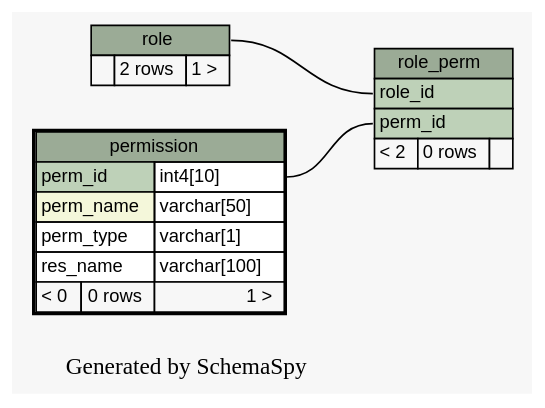
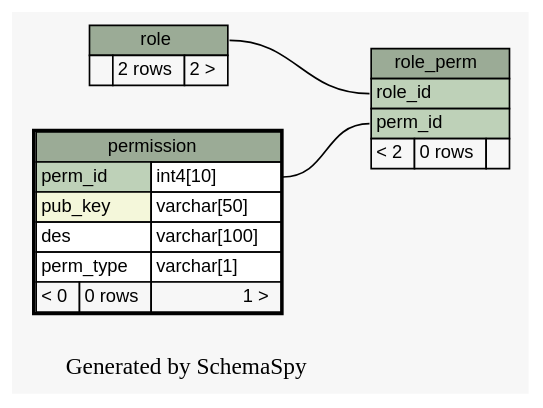
The diagram in docs/database/schemaspy/graphs/permission.2degrees.dot (engineerscraft/salesforce), drawn with Graphviz before and after one commit. The commit also changed 206 other files, not shown here.

```diff
--- a/docs/database/schemaspy/graphs/permission.2degrees.dot
+++ b/docs/database/schemaspy/graphs/permission.2degrees.dot
@@ -1,52 +1,52 @@
 // dot 2.38.0 on Windows 7 6.1
 digraph "twoDegreesRelationshipsGraph" {
   graph [
     rankdir="RL"
     bgcolor="#f7f7f7"
     label="\nGenerated by SchemaSpy"
     labeljust="l"
   ];
   node [
     fontname="Helvetica"
     fontsize="11"
     shape="plaintext"
   ];
   edge [
     arrowsize="0.8"
   ];
   "role_perm":"perm_id":w -> "permission":"perm_id.type":e [arrowtail=crowtee arrowhead=none];
   "role_perm":"role_id":w -> "role":"role.heading":e [arrowtail=crowtee arrowhead=none];
   "permission" [
     label=<
     <TABLE BORDER="2" CELLBORDER="1" CELLSPACING="0" BGCOLOR="#ffffff">
       <TR><TD PORT="permission.heading" COLSPAN="3" BGCOLOR="#9bab96" ALIGN="CENTER">permission</TD></TR>
       <TR><TD PORT="perm_id" COLSPAN="2" BGCOLOR="#bed1b8" ALIGN="LEFT">perm_id</TD><TD PORT="perm_id.type" ALIGN="LEFT">int4[10]</TD></TR>
-      <TR><TD PORT="perm_name" COLSPAN="2" BGCOLOR="#f4f7da" ALIGN="LEFT">perm_name</TD><TD PORT="perm_name.type" ALIGN="LEFT">varchar[50]</TD></TR>
+      <TR><TD PORT="pub_key" COLSPAN="2" BGCOLOR="#f4f7da" ALIGN="LEFT">pub_key</TD><TD PORT="pub_key.type" ALIGN="LEFT">varchar[50]</TD></TR>
+      <TR><TD PORT="des" COLSPAN="2" ALIGN="LEFT">des</TD><TD PORT="des.type" ALIGN="LEFT">varchar[100]</TD></TR>
       <TR><TD PORT="perm_type" COLSPAN="2" ALIGN="LEFT">perm_type</TD><TD PORT="perm_type.type" ALIGN="LEFT">varchar[1]</TD></TR>
-      <TR><TD PORT="res_name" COLSPAN="2" ALIGN="LEFT">res_name</TD><TD PORT="res_name.type" ALIGN="LEFT">varchar[100]</TD></TR>
       <TR><TD ALIGN="LEFT" BGCOLOR="#f7f7f7">&lt; 0</TD><TD ALIGN="RIGHT" BGCOLOR="#f7f7f7">0 rows</TD><TD ALIGN="RIGHT" BGCOLOR="#f7f7f7">1 &gt;</TD></TR>
     </TABLE>>
     URL="permission.html#"
     tooltip="permission"
   ];
   "role" [
     label=<
     <TABLE BORDER="0" CELLBORDER="1" CELLSPACING="0" BGCOLOR="#ffffff">
       <TR><TD PORT="role.heading" COLSPAN="3" BGCOLOR="#9bab96" ALIGN="CENTER">role</TD></TR>
-      <TR><TD ALIGN="LEFT" BGCOLOR="#f7f7f7">  </TD><TD ALIGN="RIGHT" BGCOLOR="#f7f7f7">2 rows</TD><TD ALIGN="RIGHT" BGCOLOR="#f7f7f7">1 &gt;</TD></TR>
+      <TR><TD ALIGN="LEFT" BGCOLOR="#f7f7f7">  </TD><TD ALIGN="RIGHT" BGCOLOR="#f7f7f7">2 rows</TD><TD ALIGN="RIGHT" BGCOLOR="#f7f7f7">2 &gt;</TD></TR>
     </TABLE>>
     URL="role.html#graph"
     tooltip="role"
   ];
   "role_perm" [
     label=<
     <TABLE BORDER="0" CELLBORDER="1" CELLSPACING="0" BGCOLOR="#ffffff">
       <TR><TD PORT="role_perm.heading" COLSPAN="3" BGCOLOR="#9bab96" ALIGN="CENTER">role_perm</TD></TR>
       <TR><TD PORT="role_id" COLSPAN="3" BGCOLOR="#bed1b8" ALIGN="LEFT">role_id</TD></TR>
       <TR><TD PORT="perm_id" COLSPAN="3" BGCOLOR="#bed1b8" ALIGN="LEFT">perm_id</TD></TR>
       <TR><TD ALIGN="LEFT" BGCOLOR="#f7f7f7">&lt; 2</TD><TD ALIGN="RIGHT" BGCOLOR="#f7f7f7">0 rows</TD><TD ALIGN="RIGHT" BGCOLOR="#f7f7f7">  </TD></TR>
     </TABLE>>
     URL="role_perm.html#graph"
     tooltip="role_perm"
   ];
 }
```
